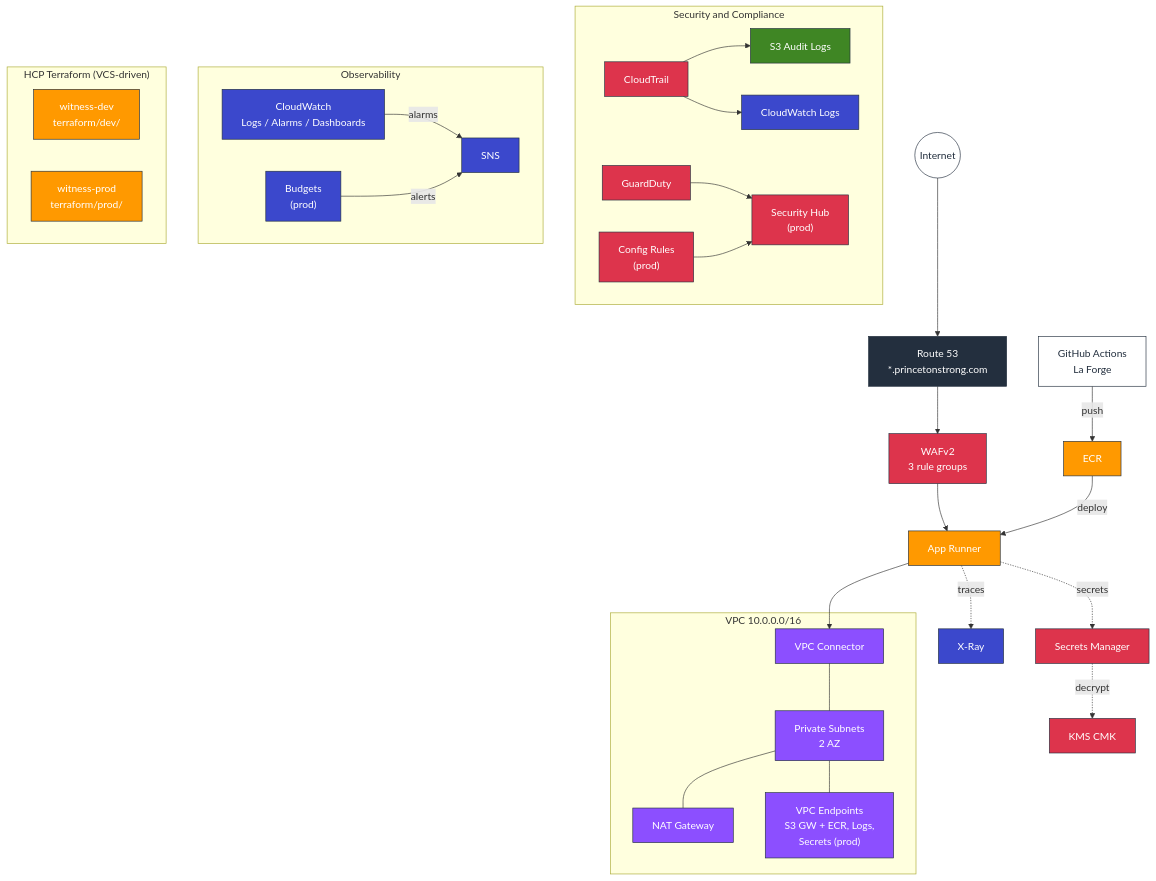
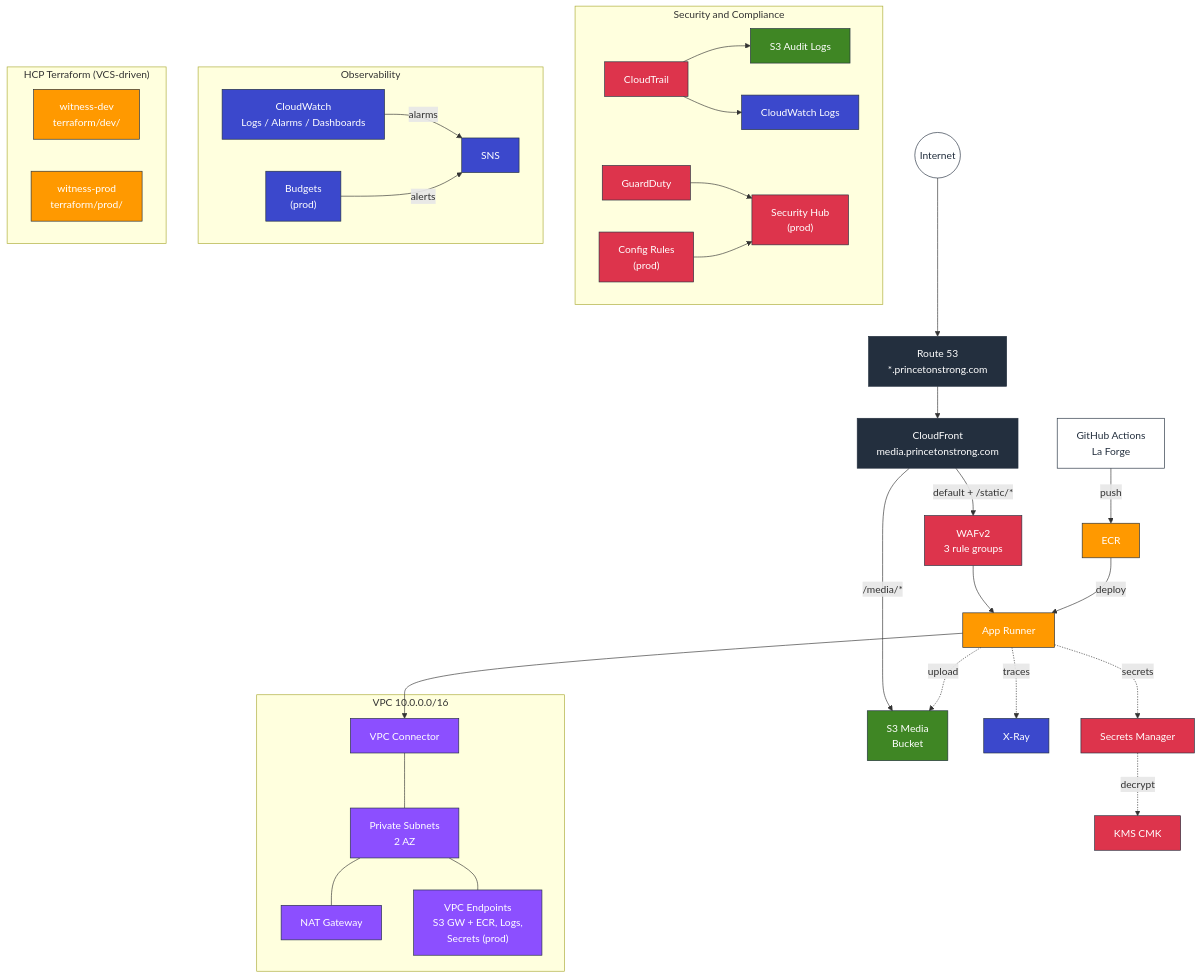
The first of 2 diagrams in docs/architecture.md (borninthedark/witness), drawn with Mermaid before and after one commit. The commit also changed other lines of this file and 45 other files, not shown here.

````diff
--- a/docs/architecture.md
+++ b/docs/architecture.md
@@ -14,42 +14,45 @@
 ```mermaid
 graph TD
     classDef edge fill:#232F3E,stroke:#232F3E,color:#fff
     classDef compute fill:#FF9900,stroke:#232F3E,color:#fff
     classDef network fill:#8C4FFF,stroke:#232F3E,color:#fff
     classDef security fill:#DD344C,stroke:#232F3E,color:#fff
     classDef observe fill:#3B48CC,stroke:#232F3E,color:#fff
     classDef storage fill:#3F8624,stroke:#232F3E,color:#fff
     classDef external fill:#fff,stroke:#232F3E,color:#232F3E
 
     USER(("Internet")):::external --> R53["Route 53<br/>*.princetonstrong.com"]:::edge
-    R53 --> WAF["WAFv2<br/>3 rule groups"]:::security --> AR["App Runner"]:::compute
+    R53 --> CF["CloudFront<br/>media.princetonstrong.com"]:::edge
+    CF -->|"/media/*"| S3M["S3 Media<br/>Bucket"]:::storage
+    CF -->|"default + /static/*"| WAF["WAFv2<br/>3 rule groups"]:::security --> AR["App Runner"]:::compute
     GH["GitHub Actions<br/>La Forge"]:::external -->|push| ECR["ECR"]:::compute -->|deploy| AR
 
     AR --> VC["VPC Connector"]:::network
     subgraph VPC["VPC 10.0.0.0/16"]
         VC --- PS["Private Subnets<br/>2 AZ"]:::network
         PS --- NAT["NAT Gateway"]:::network
         PS --- EP["VPC Endpoints<br/>S3 GW + ECR, Logs,<br/>Secrets (prod)"]:::network
     end
 
+    AR -.->|upload| S3M
     AR -.->|secrets| SM["Secrets Manager"]:::security
     SM -.->|decrypt| KMS["KMS CMK"]:::security
     AR -.->|traces| XRAY["X-Ray"]:::observe
 
     subgraph sec["Security and Compliance"]
         CT["CloudTrail"]:::security --> S3L["S3 Audit Logs"]:::storage
         CT --> CWL["CloudWatch Logs"]:::observe
         GD["GuardDuty"]:::security --> SH["Security Hub<br/>(prod)"]:::security
         CFG["Config Rules<br/>(prod)"]:::security --> SH
     end
 
     subgraph obs["Observability"]
         CW["CloudWatch<br/>Logs / Alarms / Dashboards"]:::observe -->|alarms| SNS["SNS"]:::observe
         BUD["Budgets<br/>(prod)"]:::observe -->|alerts| SNS
     end
 
     subgraph hcp["HCP Terraform (VCS-driven)"]
         DEV["witness-dev<br/>terraform/dev/"]:::compute
         PROD["witness-prod<br/>terraform/prod/"]:::compute
     end
 ```
````
